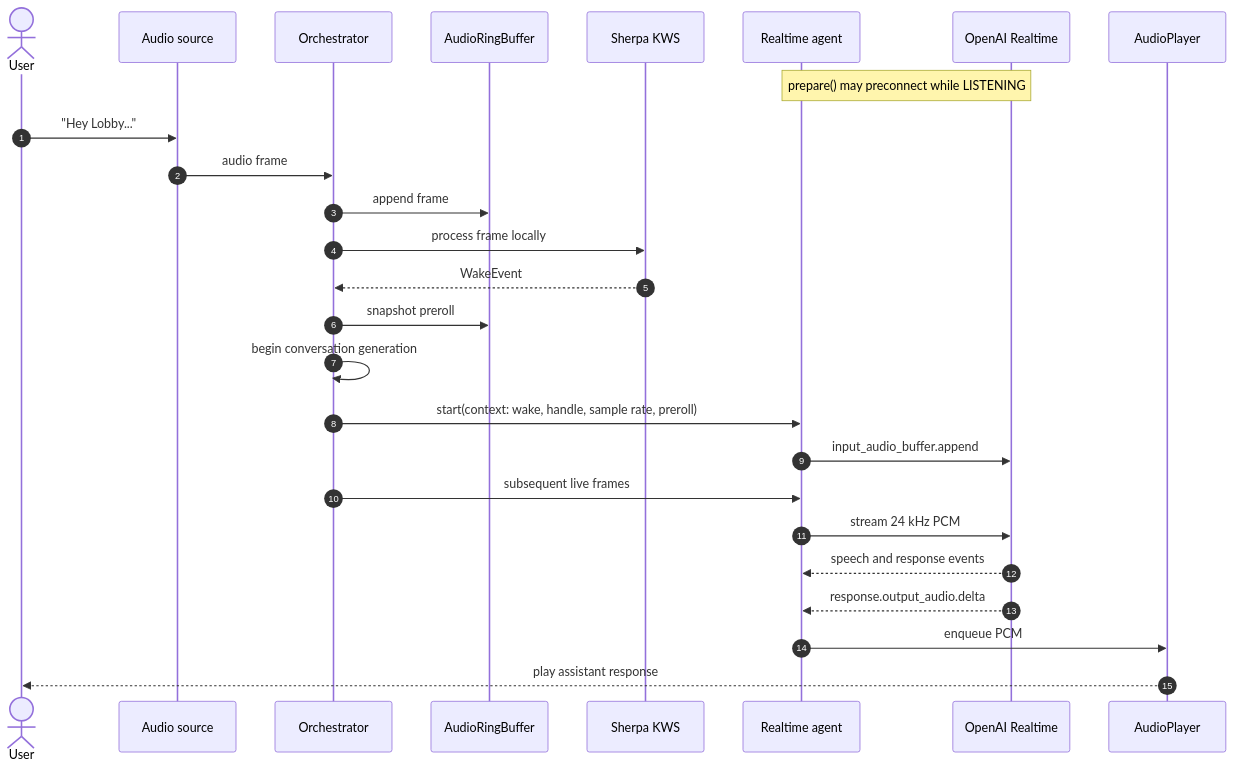
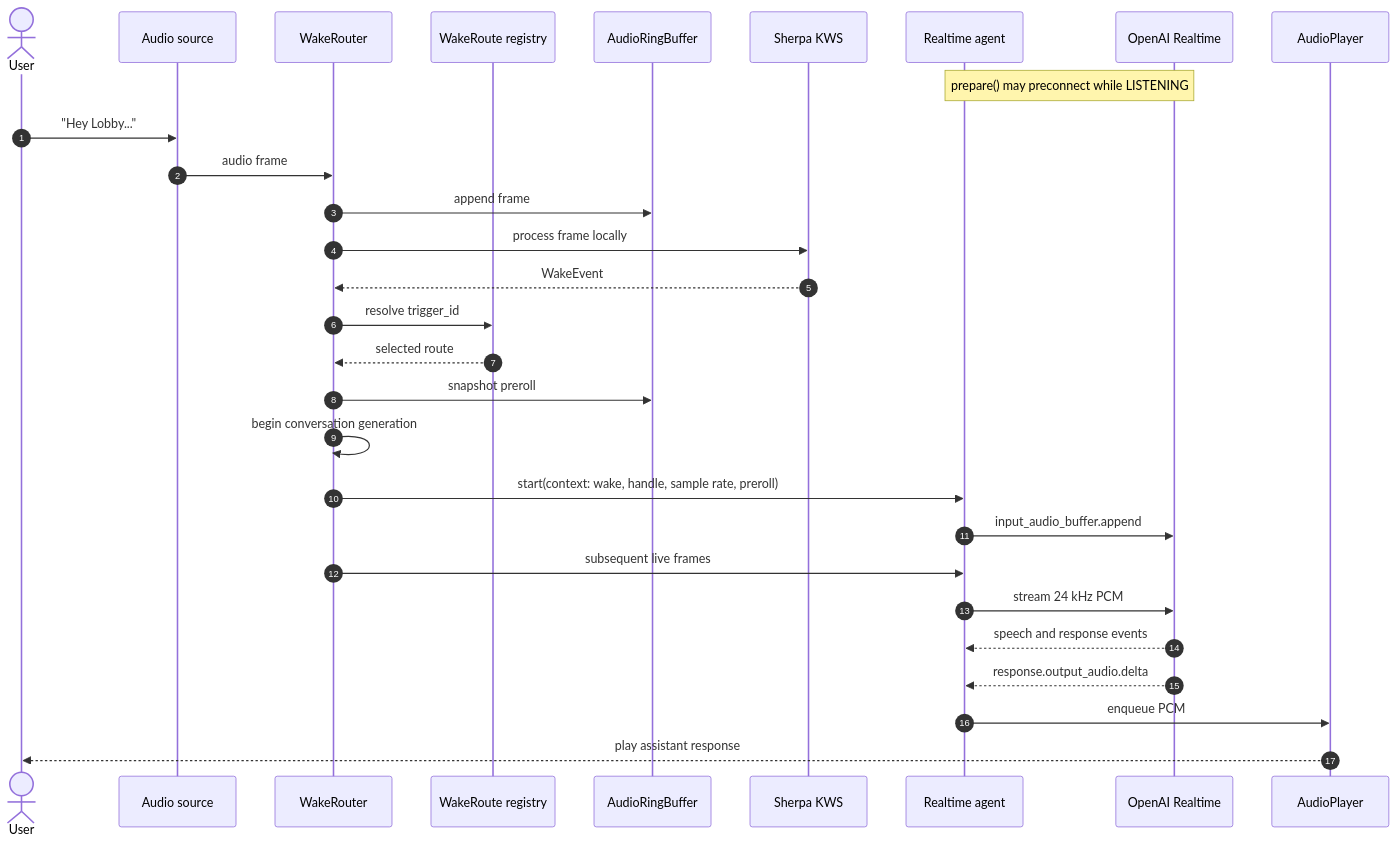
The fifth of 11 diagrams in docs/architecture.md (kamikaz1k/wake-on), drawn with Mermaid before and after one commit. The commit also changed other lines of this file and 14 other files, not shown here.

````diff
--- a/docs/architecture.md
+++ b/docs/architecture.md
@@ -172,29 +201,32 @@
 ```mermaid
 sequenceDiagram
     autonumber
     actor User
     participant Source as Audio source
-    participant Harness as Orchestrator
+    participant Harness as WakeRouter
+    participant Routes as WakeRoute registry
     participant Ring as AudioRingBuffer
     participant KWS as Sherpa KWS
     participant Agent as Realtime agent
     participant API as OpenAI Realtime
     participant Player as AudioPlayer
 
     Note over Agent,API: prepare() may preconnect while LISTENING
     User->>Source: "Hey Lobby..."
     Source->>Harness: audio frame
     Harness->>Ring: append frame
     Harness->>KWS: process frame locally
     KWS-->>Harness: WakeEvent
+    Harness->>Routes: resolve trigger_id
+    Routes-->>Harness: selected route
     Harness->>Ring: snapshot preroll
     Harness->>Harness: begin conversation generation
     Harness->>Agent: start(context: wake, handle, sample rate, preroll)
     Agent->>API: input_audio_buffer.append
     Harness->>Agent: subsequent live frames
     Agent->>API: stream 24 kHz PCM
     API-->>Agent: speech and response events
     API-->>Agent: response.output_audio.delta
     Agent->>Player: enqueue PCM
     Player-->>User: play assistant response
 ```
````
